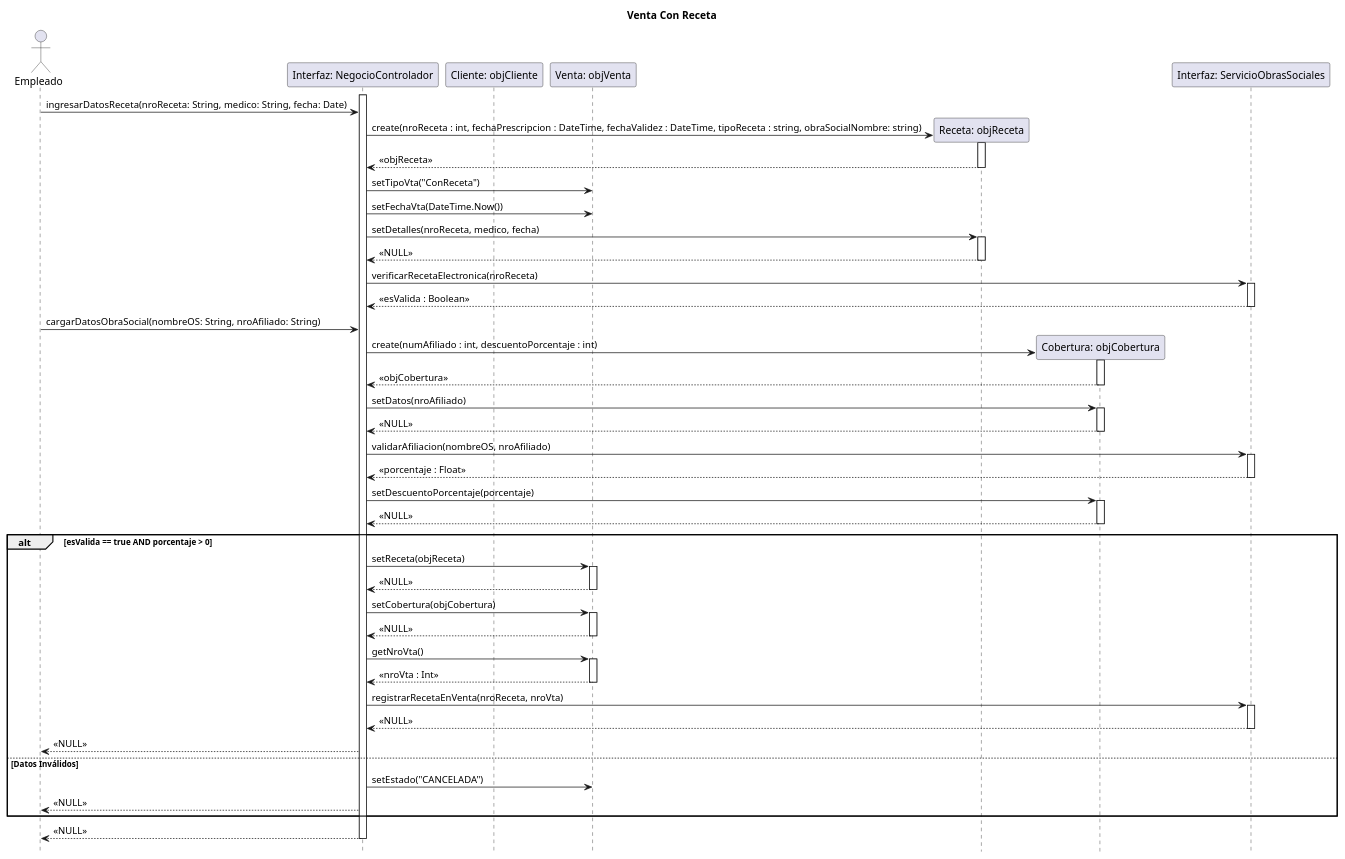
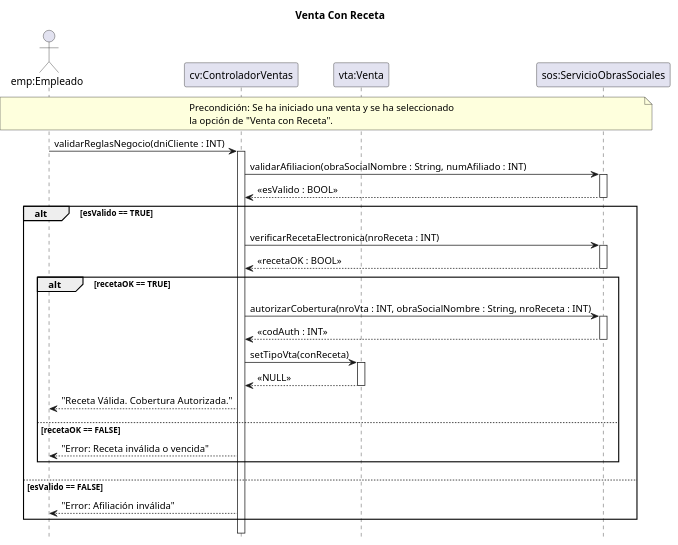
Before and after one commit to zEzequR/PF-I: the diagram in 08 - Diagramas de Secuencia de Diseño/Venta/VentaConReceta.puml, drawn with PlantUML. The commit also changed 5 other files, not shown here.

```diff
--- a/08 - Diagramas de Secuencia de Diseño/Venta/VentaConReceta.puml
+++ b/08 - Diagramas de Secuencia de Diseño/Venta/VentaConReceta.puml
@@ -1,86 +1,54 @@
 @startuml
+!pragma teoz true
+hide footbox
 title Venta Con Receta
 
-hide footbox
+actor "emp:Empleado" as emp
+participant "cv:ControladorVentas" as cv
+participant "vta:Venta" as vta
+participant "sos:ServicioObrasSociales" as sos
 
-actor "Empleado" as emp
-participant "Interfaz: NegocioControlador" as NegCtrl
-participant "Cliente: objCliente" as cli
-participant "Venta: objVenta" as venta
-participant "Receta: objReceta" as receta
-participant "Cobertura: objCobertura" as cob
-participant "Interfaz: ServicioObrasSociales" as srvOS
+note over emp, sos
+    Precondición: Se ha iniciado una venta y se ha seleccionado 
+    la opción de "Venta con Receta".
+end note
 
-activate NegCtrl
+emp -> cv : validarReglasNegocio(dniCliente : INT)
+activate cv
 
-    emp -> NegCtrl : ingresarDatosReceta(nroReceta: String, medico: String, fecha: Date)
+' 1. Validar Afiliación
+cv -> sos : validarAfiliacion(obraSocialNombre : String, numAfiliado : INT)
+activate sos
+sos --> cv : <<esValido : BOOL>>
+deactivate sos
+
+alt esValido == TRUE
+    ' 2. Verificar Receta
+    cv -> sos : verificarRecetaElectronica(nroReceta : INT)
+    activate sos
+    sos --> cv : <<recetaOK : BOOL>>
+    deactivate sos
     
-    NegCtrl -> receta ** : create(nroReceta : int, fechaPrescripcion : DateTime, fechaValidez : DateTime, tipoReceta : string, obraSocialNombre: string)
-    activate receta
-    receta --> NegCtrl : << objReceta >>
-    deactivate receta
-    
-    NegCtrl -> venta : setTipoVta("ConReceta")
-    NegCtrl -> venta : setFechaVta(DateTime.Now())
-    NegCtrl -> receta : setDetalles(nroReceta, medico, fecha)
-    activate receta
-    receta --> NegCtrl : <<NULL>>
-    deactivate receta
+    alt recetaOK == TRUE
+        ' 3. Autorizar Cobertura
+        cv -> sos : autorizarCobertura(nroVta : INT, obraSocialNombre : String, nroReceta : INT)
+        activate sos
+        sos --> cv : <<codAuth : INT>>
+        deactivate sos
+        
+        ' 4. Actualizar el TIPO de venta en el objeto Venta
+        cv -> vta : setTipoVta(conReceta)
+        activate vta
+        vta --> cv : <<NULL>>
+        deactivate vta
+        
+        cv --> emp : "Receta Válida. Cobertura Autorizada."
+    else recetaOK == FALSE
+        cv --> emp : "Error: Receta inválida o vencida"
+    end
+else esValido == FALSE
+    cv --> emp : "Error: Afiliación inválida"
+end
 
-    NegCtrl -> srvOS : verificarRecetaElectronica(nroReceta)
-    activate srvOS
-    srvOS --> NegCtrl : << esValida : Boolean >>
-    deactivate srvOS
-
-    emp -> NegCtrl : cargarDatosObraSocial(nombreOS: String, nroAfiliado: String)
-    
-    NegCtrl -> cob ** : create(numAfiliado : int, descuentoPorcentaje : int)
-    activate cob
-    cob --> NegCtrl : << objCobertura >>
-    deactivate cob
-
-    NegCtrl -> cob : setDatos(nroAfiliado)
-    activate cob
-    cob --> NegCtrl : <<NULL>>
-    deactivate cob
-
-    NegCtrl -> srvOS : validarAfiliacion(nombreOS, nroAfiliado)
-    activate srvOS
-    srvOS --> NegCtrl : << porcentaje : Float >>
-    deactivate srvOS
-
-    NegCtrl -> cob : setDescuentoPorcentaje(porcentaje)
-    activate cob
-    cob --> NegCtrl : <<NULL>>
-    deactivate cob
-
-    alt esValida == true AND porcentaje > 0
-        NegCtrl -> venta : setReceta(objReceta)
-        activate venta
-        venta --> NegCtrl : <<NULL>>
-        deactivate venta
-
-        NegCtrl -> venta : setCobertura(objCobertura)
-        activate venta
-        venta --> NegCtrl : <<NULL>>
-        deactivate venta
-        
-        NegCtrl -> venta : getNroVta()
-        activate venta
-        venta --> NegCtrl : << nroVta : Int >>
-        deactivate venta
-
-        NegCtrl -> srvOS : registrarRecetaEnVenta(nroReceta, nroVta)
-        activate srvOS
-        srvOS --> NegCtrl : <<NULL>>
-        deactivate srvOS
-
-        NegCtrl --> emp : <<NULL>>
-    else Datos Inválidos
-        NegCtrl -> venta : setEstado("CANCELADA")
-        NegCtrl --> emp : <<NULL>>
-    end
-
-    NegCtrl --> emp : <<NULL>>
-deactivate NegCtrl
+deactivate cv
 @enduml
```
